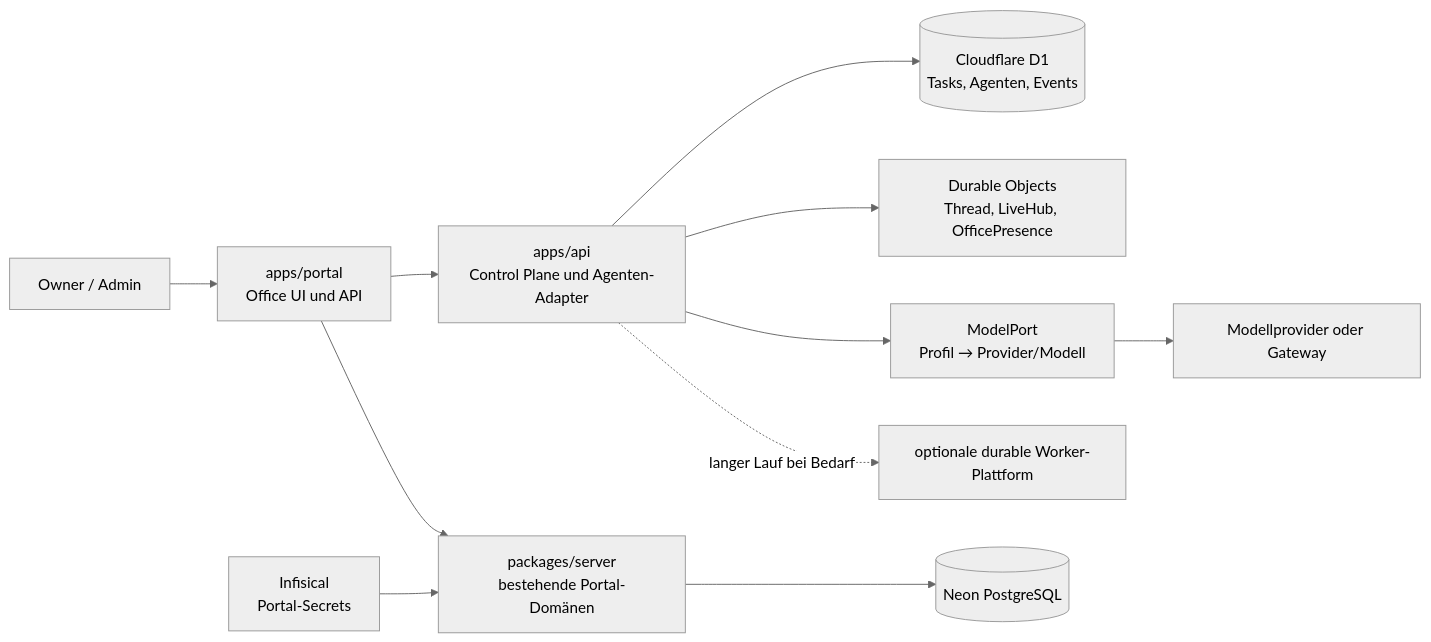
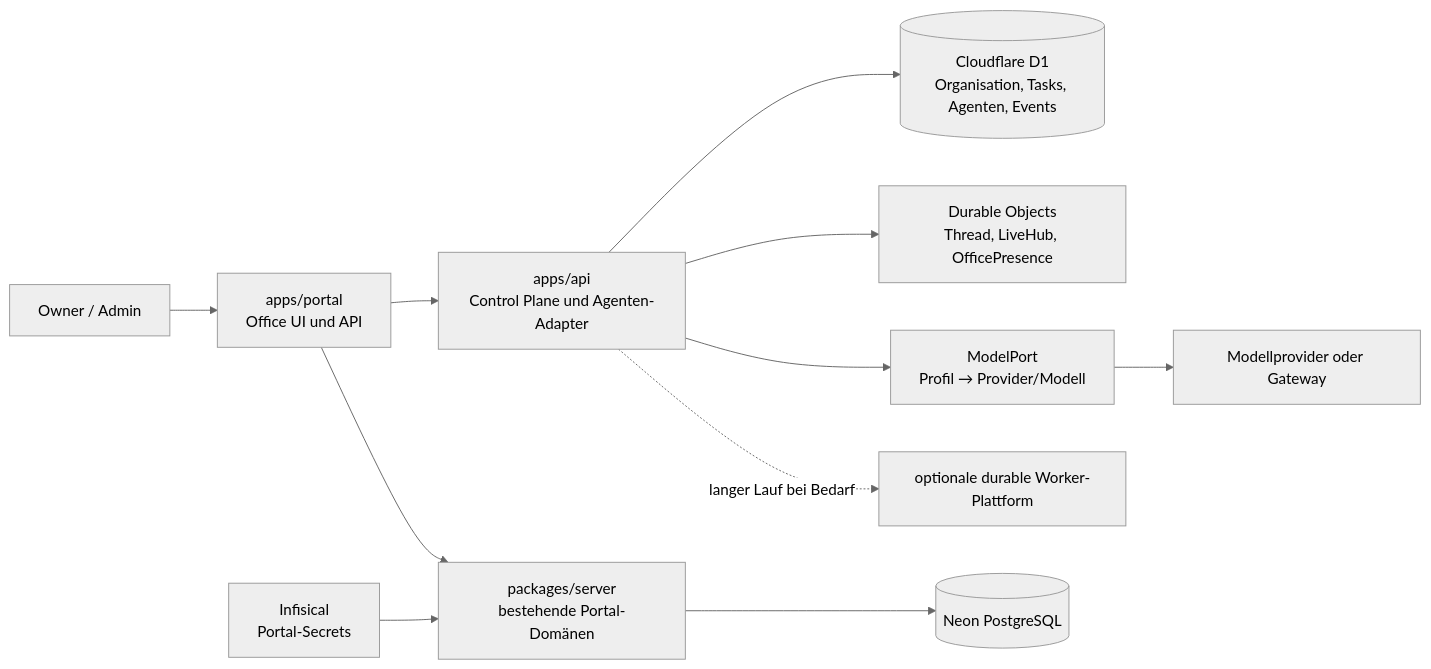
One commit to devUgur/uguroezdamar.com changed the diagram in docs/architecture/office-brain/system-architecture.md. Above: the diagram before and after it, drawn with Mermaid (neutral theme). The commit also changed other lines of this file and 15 other files, not shown here.

```diff
--- a/docs/architecture/office-brain/system-architecture.md
+++ b/docs/architecture/office-brain/system-architecture.md
@@ -12,13 +12,13 @@
 ~~~mermaid
 flowchart LR
   Owner[Owner / Admin] --> Portal[apps/portal<br/>Office UI und API]
   Portal --> API[apps/api<br/>Control Plane und Agenten-Adapter]
-  API --> D1[(Cloudflare D1<br/>Tasks, Agenten, Events)]
+  API --> D1[(Cloudflare D1<br/>Organisation, Tasks, Agenten, Events)]
   API --> Runtime[Durable Objects<br/>Thread, LiveHub, OfficePresence]
   API --> ModelPort[ModelPort<br/>Profil → Provider/Modell]
   ModelPort --> LLM[Modellprovider oder Gateway]
   Portal --> Server[packages/server<br/>bestehende Portal-Domänen]
   Server --> Neon[(Neon PostgreSQL)]
   API -. langer Lauf bei Bedarf .-> Workflow[optionale durable Worker-Plattform]
   Infisical[Infisical<br/>Portal-Secrets] --> Server
 ~~~
```
